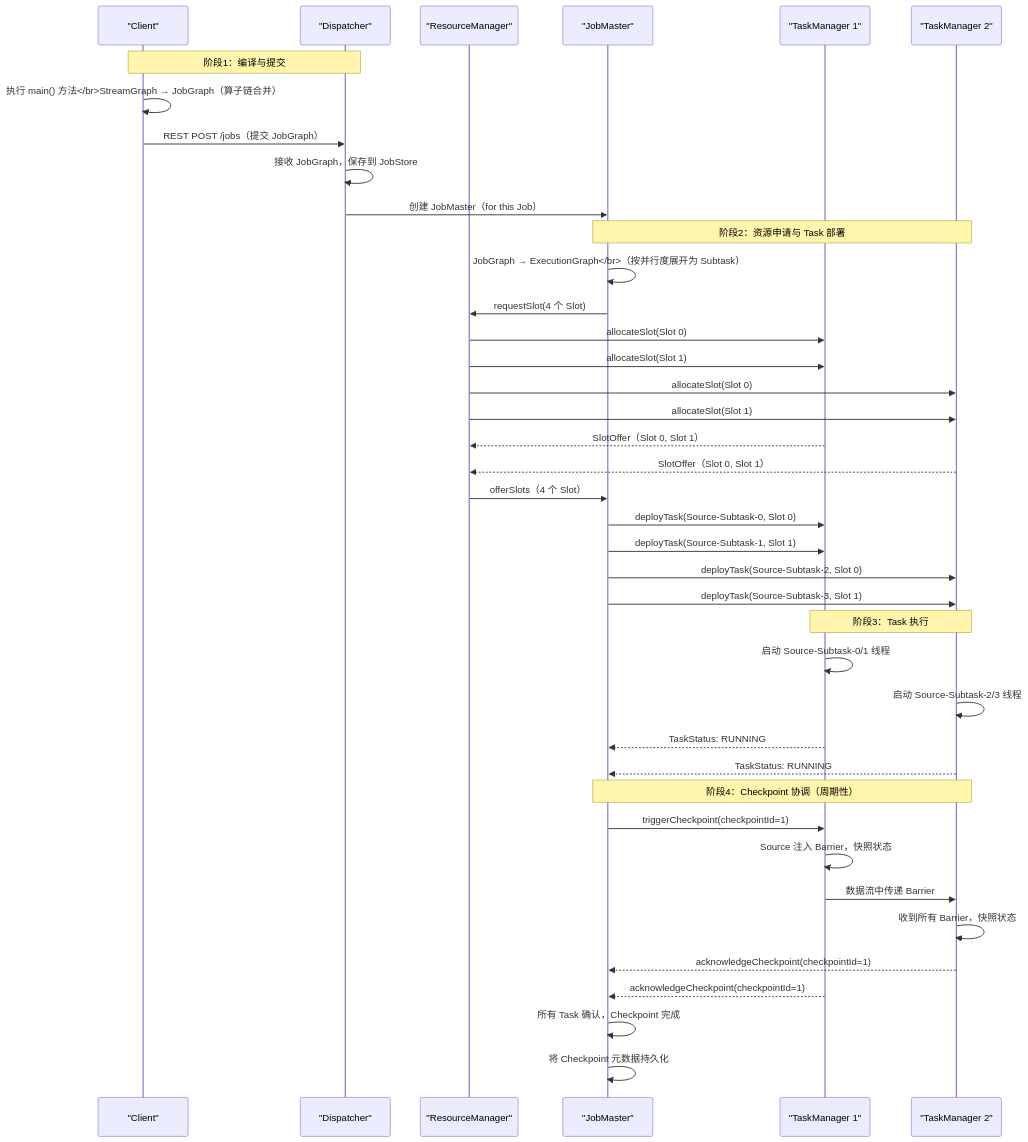
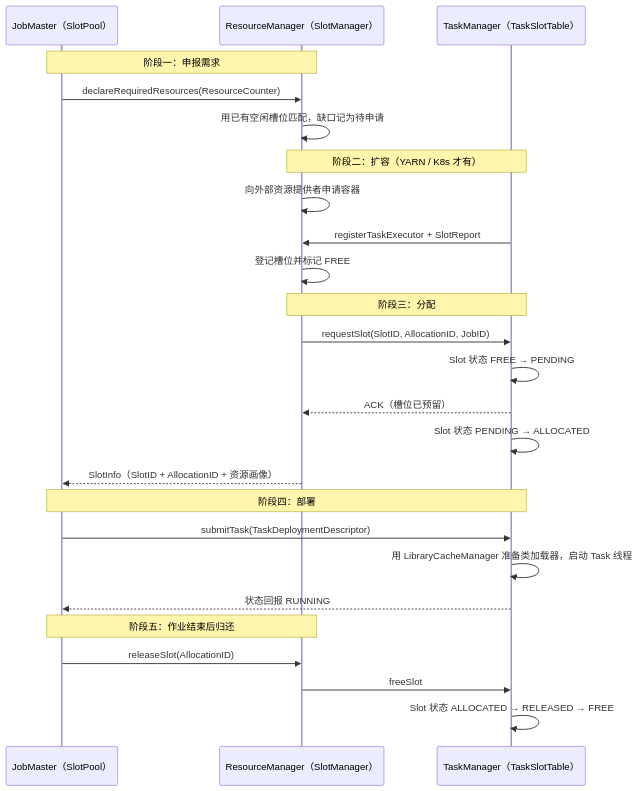
The second of 4 diagrams in content/大数据/Flink/Flink原理深度解析与性能优化/01 Flink 架构总览：JobManager、TaskManager 与执行模型.md (hpliStartAgain/my-brain), drawn with Mermaid before and after one commit. The commit also changed other lines of this file and 455 other files, not shown here.

````diff
--- a/content/大数据/Flink/Flink原理深度解析与性能优化/01 Flink 架构总览：JobManager、TaskManager 与执行模型.md
+++ b/content/大数据/Flink/Flink原理深度解析与性能优化/01 Flink 架构总览：JobManager、TaskManager 与执行模型.md
@@ -318,47 +239,33 @@
 ```mermaid
 %%{init: {'theme': 'dracula'}}%%
 sequenceDiagram
-    participant C as "Client"
-    participant D as "Dispatcher"
-    participant RM as "ResourceManager"
-    participant JM as "JobMaster"
-    participant TM1 as "TaskManager 1"
-    participant TM2 as "TaskManager 2"
+    participant JM as JobMaster（SlotPool）
+    participant RM as ResourceManager（SlotManager）
+    participant TM as TaskManager（TaskSlotTable）
 
-    Note over C,D: 阶段1：编译与提交
-    C->>C: 执行 main() 方法</br>StreamGraph → JobGraph（算子链合并）
-    C->>D: REST POST /jobs（提交 JobGraph）
-    D->>D: 接收 JobGraph，保存到 JobStore
-    D->>JM: 创建 JobMaster（for this Job）
+    Note over JM,RM: 阶段一：申报需求
+    JM->>RM: declareRequiredResources(ResourceCounter)
+    RM->>RM: 用已有空闲槽位匹配，缺口记为待申请
 
-    Note over JM,TM2: 阶段2：资源申请与 Task 部署
-    JM->>JM: JobGraph → ExecutionGraph</br>（按并行度展开为 Subtask）
-    JM->>RM: requestSlot(4 个 Slot)
-    RM->>TM1: allocateSlot(Slot 0)
-    RM->>TM1: allocateSlot(Slot 1)
-    RM->>TM2: allocateSlot(Slot 0)
-    RM->>TM2: allocateSlot(Slot 1)
-    TM1-->>RM: SlotOffer（Slot 0, Slot 1）
-    TM2-->>RM: SlotOffer（Slot 0, Slot 1）
-    RM->>JM: offerSlots（4 个 Slot）
-    JM->>TM1: deployTask(Source-Subtask-0, Slot 0)
-    JM->>TM1: deployTask(Source-Subtask-1, Slot 1)
-    JM->>TM2: deployTask(Source-Subtask-2, Slot 0)
-    JM->>TM2: deployTask(Source-Subtask-3, Slot 1)
+    Note over RM,TM: 阶段二：扩容（YARN / K8s 才有）
+    RM->>RM: 向外部资源提供者申请容器
+    TM->>RM: registerTaskExecutor + SlotReport
+    RM->>RM: 登记槽位并标记 FREE
 
-    Note over TM1,TM2: 阶段3：Task 执行
-    TM1->>TM1: 启动 Source-Subtask-0/1 线程
-    TM2->>TM2: 启动 Source-Subtask-2/3 线程
-    TM1-->>JM: TaskStatus: RUNNING
-    TM2-->>JM: TaskStatus: RUNNING
+    Note over RM,TM: 阶段三：分配
+    RM->>TM: requestSlot(SlotID, AllocationID, JobID)
+    TM->>TM: Slot 状态 FREE → PENDING
+    TM-->>RM: ACK（槽位已预留）
+    TM->>TM: Slot 状态 PENDING → ALLOCATED
+    RM-->>JM: SlotInfo（SlotID + AllocationID + 资源画像）
 
-    Note over JM,TM2: 阶段4：Checkpoint 协调（周期性）
-    JM->>TM1: triggerCheckpoint(checkpointId=1)
-    TM1->>TM1: Source 注入 Barrier，快照状态
-    TM1->>TM2: 数据流中传递 Barrier
-    TM2->>TM2: 收到所有 Barrier，快照状态
-    TM2-->>JM: acknowledgeCheckpoint(checkpointId=1)
-    TM1-->>JM: acknowledgeCheckpoint(checkpointId=1)
-    JM->>JM: 所有 Task 确认，Checkpoint 完成
-    JM->>JM: 将 Checkpoint 元数据持久化
+    Note over JM,TM: 阶段四：部署
+    JM->>TM: submitTask(TaskDeploymentDescriptor)
+    TM->>TM: 用 LibraryCacheManager 准备类加载器，启动 Task 线程
+    TM-->>JM: 状态回报 RUNNING
+
+    Note over JM,RM: 阶段五：作业结束后归还
+    JM->>RM: releaseSlot(AllocationID)
+    RM->>TM: freeSlot
+    TM->>TM: Slot 状态 ALLOCATED → RELEASED → FREE
 ```
````
